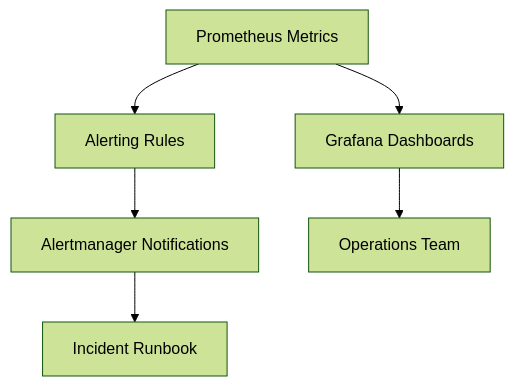
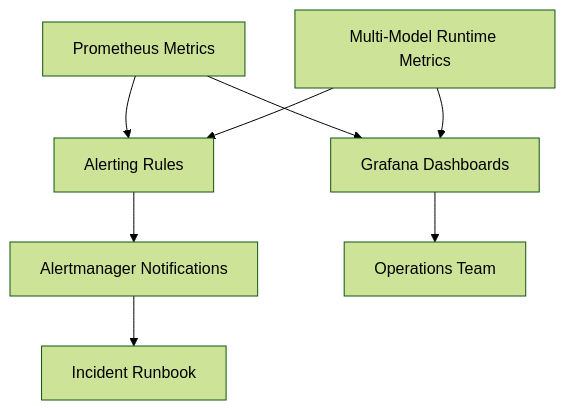
Before and after one commit to metasync/luban-aiops: the tenth of 12 diagrams in .qoder/repowiki/en/content/Monitoring and Observability/Monitoring and Observability.md, drawn with Mermaid (forest theme). The commit also changed other lines of this file and 7 other files, not shown here.

````diff
--- a/.qoder/repowiki/en/content/Monitoring and Observability/Monitoring and Observability.md
+++ b/.qoder/repowiki/en/content/Monitoring and Observability/Monitoring and Observability.md
@@ -471,8 +562,10 @@
 ```mermaid
 graph TB
 Metrics["Prometheus Metrics"] --> Rules["Alerting Rules"]
 Rules --> Alerts["Alertmanager Notifications"]
 Alerts --> Runbook["Incident Runbook"]
 Metrics --> Dashboards["Grafana Dashboards"]
 Dashboards --> Ops["Operations Team"]
+NewMetrics["Multi-Model Runtime Metrics"] --> Rules
+NewMetrics --> Dashboards
 ```
````
